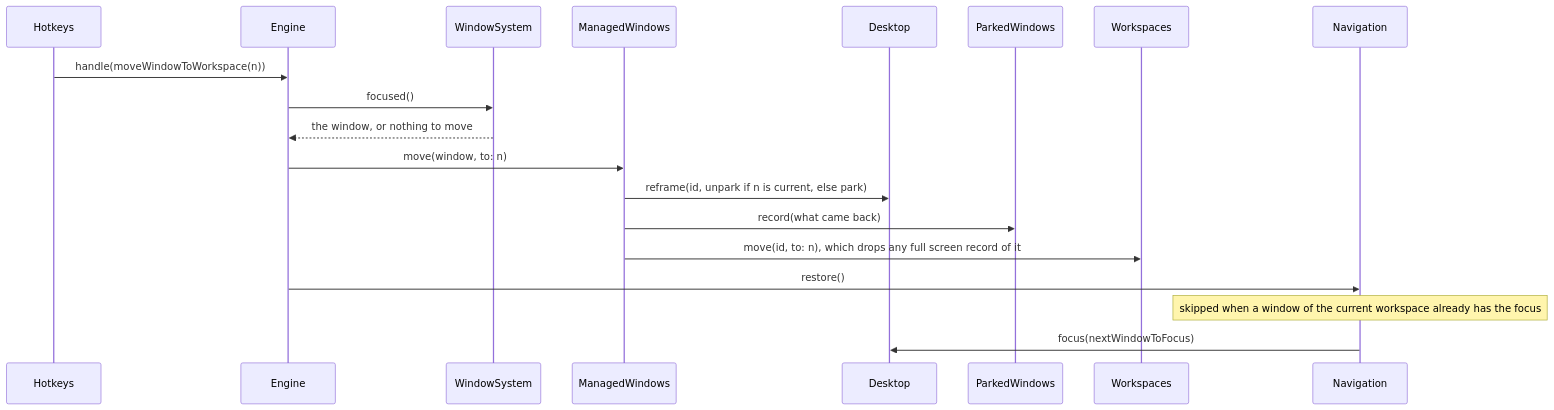
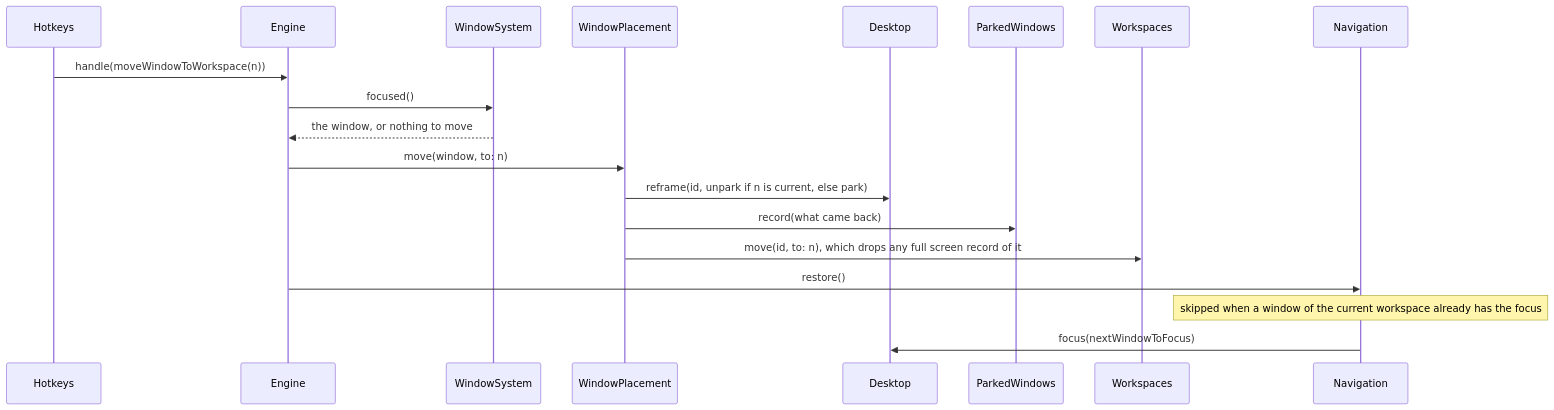
The ninth of 19 diagrams in ARCHITECTURE.md (brennovich/ottowm), drawn with Mermaid before and after one commit. The commit also changed other lines of this file and 11 other files, not shown here.

First line of the commit message:
Rename ManagedWindows to WindowPlacement

````diff
--- a/ARCHITECTURE.md
+++ b/ARCHITECTURE.md
@@ -254,13 +254,13 @@
 ```mermaid
 sequenceDiagram
     Hotkeys->>Engine: handle(moveWindowToWorkspace(n))
     Engine->>WindowSystem: focused()
     WindowSystem-->>Engine: the window, or nothing to move
-    Engine->>ManagedWindows: move(window, to: n)
-    ManagedWindows->>Desktop: reframe(id, unpark if n is current, else park)
-    ManagedWindows->>ParkedWindows: record(what came back)
-    ManagedWindows->>Workspaces: move(id, to: n), which drops any full screen record of it
+    Engine->>WindowPlacement: move(window, to: n)
+    WindowPlacement->>Desktop: reframe(id, unpark if n is current, else park)
+    WindowPlacement->>ParkedWindows: record(what came back)
+    WindowPlacement->>Workspaces: move(id, to: n), which drops any full screen record of it
     Engine->>Navigation: restore()
     Note over Navigation: skipped when a window of the current workspace already has the focus
     Navigation->>Desktop: focus(nextWindowToFocus)
 ```
````
